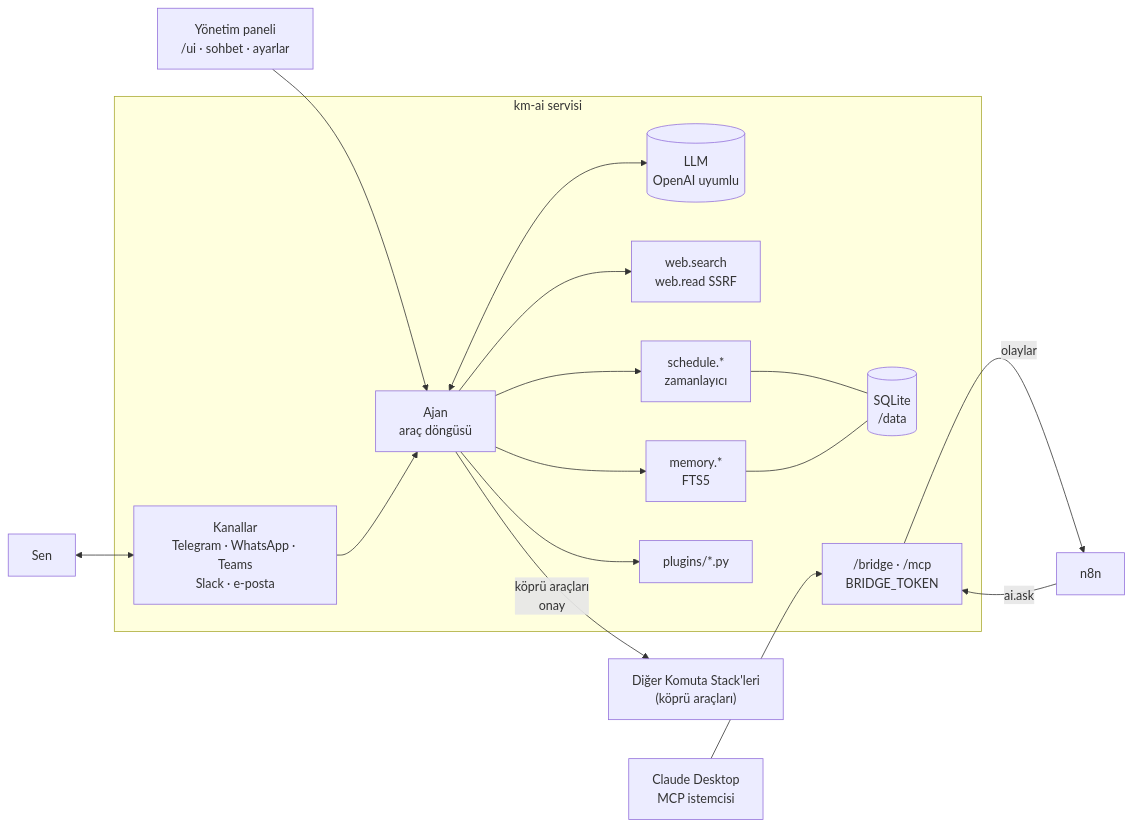
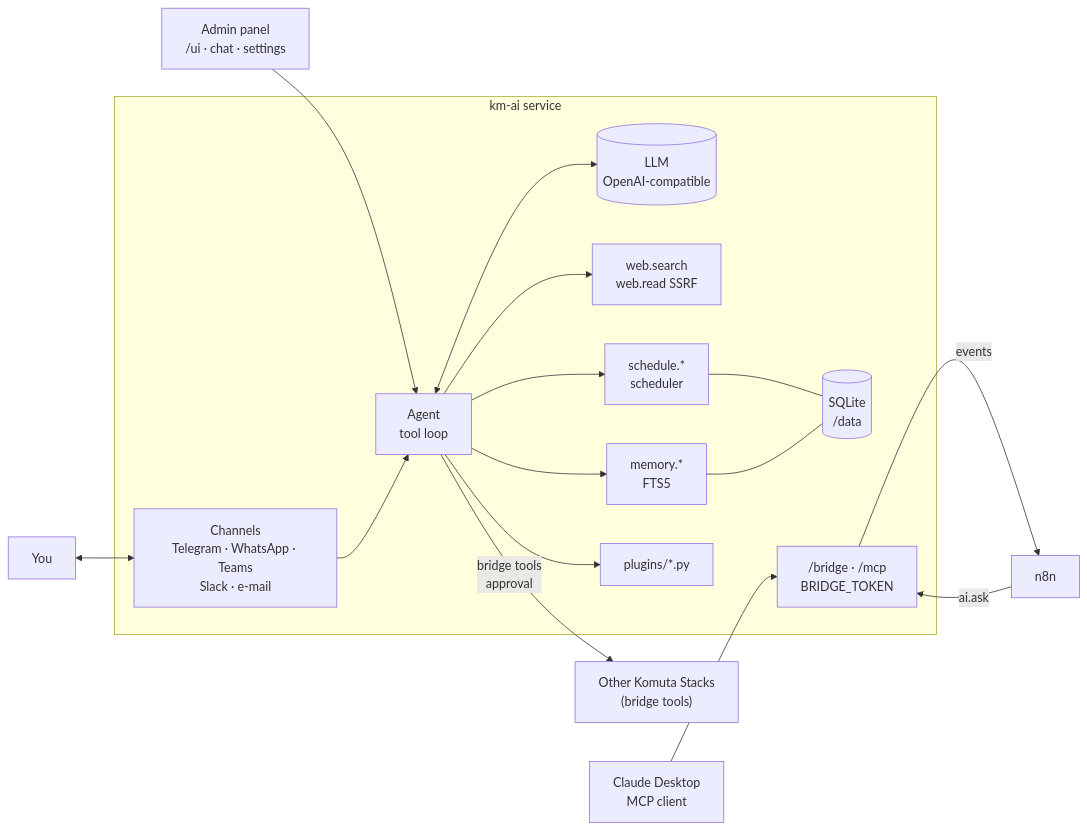
The diagram in README.md (mustafazahter/km-ai), drawn with Mermaid before and after one commit. The commit also changed other lines of this file and 67 other files, not shown here.

````diff
--- a/README.md
+++ b/README.md
@@ -46,19 +47,19 @@
 ```mermaid
 flowchart LR
-  U["Sen"] <--> CH["Kanallar<br/>Telegram · WhatsApp · Teams<br/>Slack · e-posta"]
-  PAN["Yönetim paneli<br/>/ui · sohbet · ayarlar"] --> AG
-  subgraph AIBOT["km-ai servisi"]
-    CH --> AG["Ajan<br/>araç döngüsü"]
-    AG <--> LLM[("LLM<br/>OpenAI uyumlu")]
+  U["You"] <--> CH["Channels<br/>Telegram · WhatsApp · Teams<br/>Slack · e-mail"]
+  PAN["Admin panel<br/>/ui · chat · settings"] --> AG
+  subgraph AIBOT["km-ai service"]
+    CH --> AG["Agent<br/>tool loop"]
+    AG <--> LLM[("LLM<br/>OpenAI-compatible")]
     AG --> T1["web.search<br/>web.read SSRF"]
-    AG --> T2["schedule.*<br/>zamanlayıcı"]
+    AG --> T2["schedule.*<br/>scheduler"]
     AG --> T3["memory.*<br/>FTS5"]
     AG --> T4["plugins/*.py"]
     T2 & T3 --- DB[("SQLite<br/>/data")]
     API["/bridge · /mcp<br/>BRIDGE_TOKEN"]
   end
-  AG -- "köprü araçları<br/>onay" --> OTHER["Diğer Komuta Stack'leri<br/>(köprü araçları)"]
+  AG -- "bridge tools<br/>approval" --> OTHER["Other Komuta Stacks<br/>(bridge tools)"]
   N8N["n8n"] -- "ai.ask" --> API
-  API -- "olaylar" --> N8N
-  MCP["Claude Desktop<br/>MCP istemcisi"] --> API
+  API -- "events" --> N8N
+  MCP["Claude Desktop<br/>MCP client"] --> API
 ```
````
